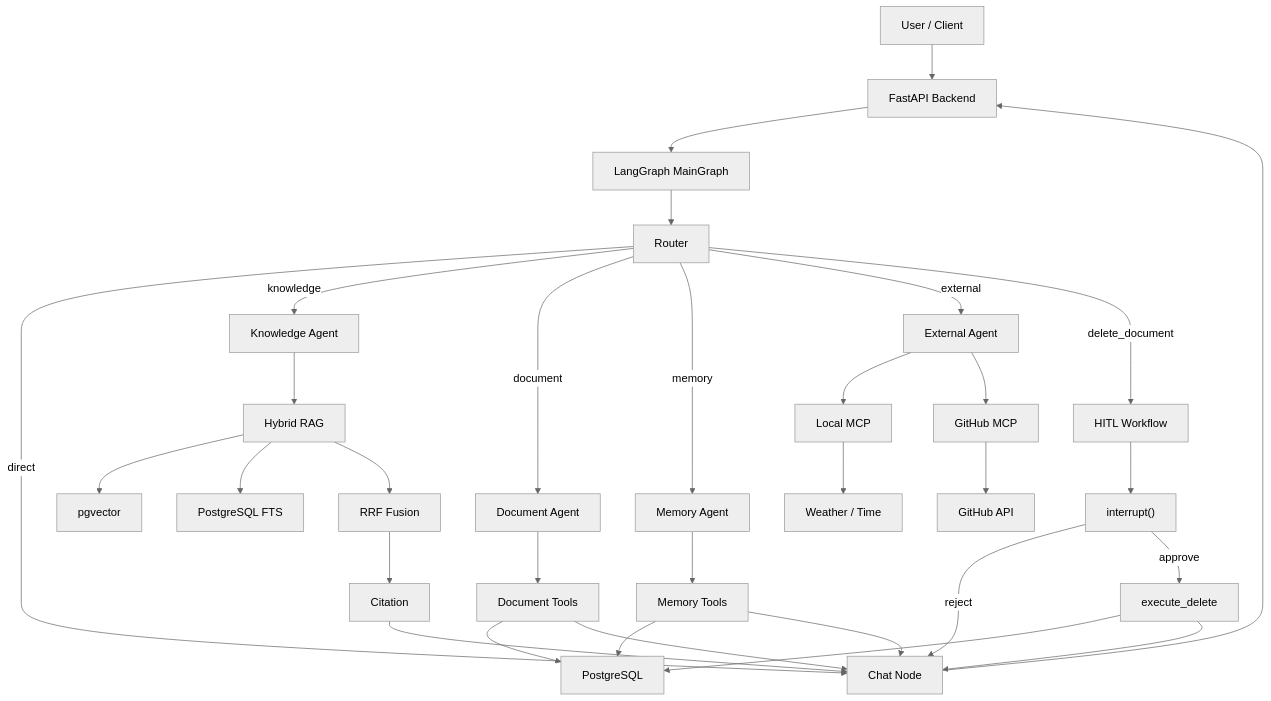
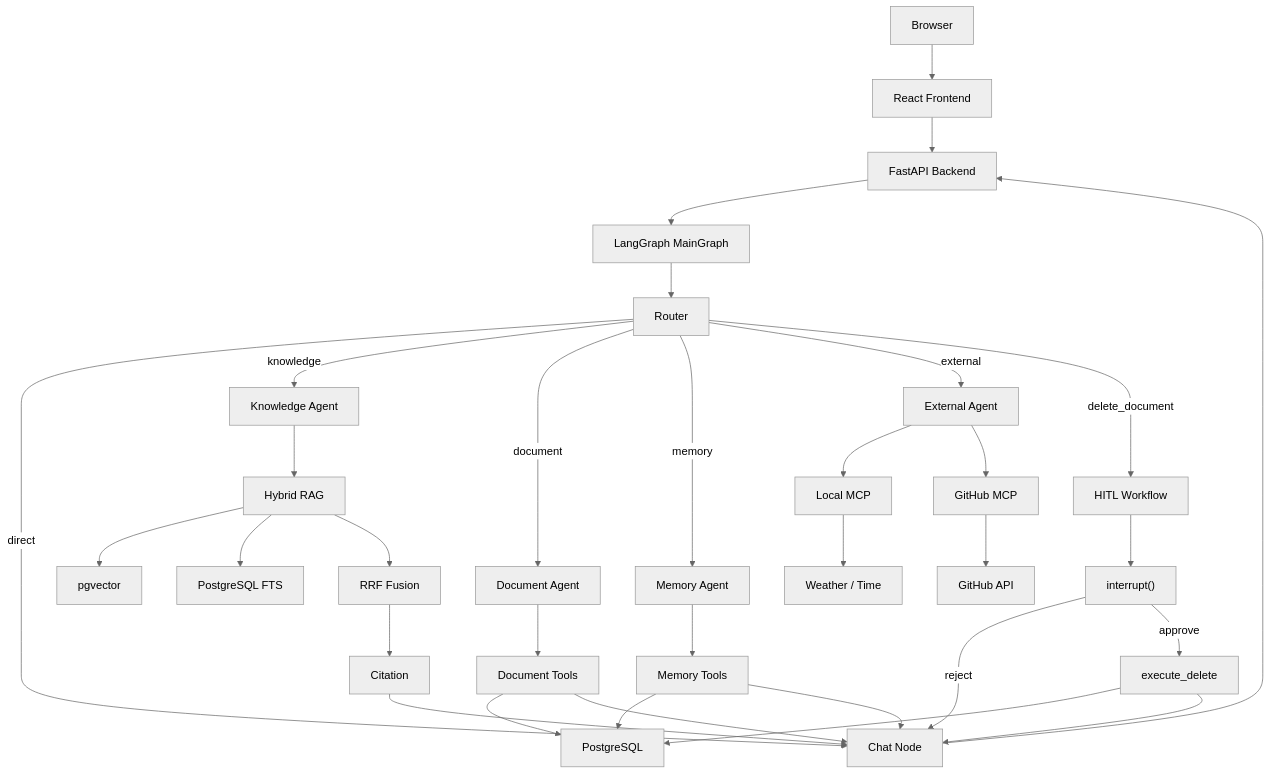
The first of 5 diagrams in README.md (21breeze/NodAgent), drawn with Mermaid (neutral theme) before and after one commit. The commit also changed other lines of this file, not shown here.

Commit message:
docs: document web interface and architecture

````diff
--- a/README.md
+++ b/README.md
@@ -97,49 +98,51 @@
 ```mermaid
 flowchart TB
 
-    User["User / Client"]
+    Browser["Browser"]
+    Frontend["React Frontend"]
     API["FastAPI Backend"]
     Graph["LangGraph MainGraph"]
 
-    User --> API
+    Browser --> Frontend
+    Frontend --> API
     API --> Graph
 
     Graph --> Router["Router"]
 
     Router -->|direct| Chat["Chat Node"]
 
     Router -->|knowledge| KA["Knowledge Agent"]
     Router -->|document| DA["Document Agent"]
     Router -->|memory| MA["Memory Agent"]
     Router -->|external| EA["External Agent"]
     Router -->|delete_document| HITL["HITL Workflow"]
 
     KA --> RAG["Hybrid RAG"]
     RAG --> Vector["pgvector"]
     RAG --> FTS["PostgreSQL FTS"]
     RAG --> RRF["RRF Fusion"]
     RRF --> Citation["Citation"]
     Citation --> Chat
 
     DA --> DocumentTools["Document Tools"]
     DocumentTools --> PostgreSQL["PostgreSQL"]
     DocumentTools --> Chat
 
     MA --> MemoryTools["Memory Tools"]
     MemoryTools --> PostgreSQL
     MemoryTools --> Chat
 
     EA --> LocalMCP["Local MCP"]
     EA --> GitHubMCP["GitHub MCP"]
 
     LocalMCP --> Weather["Weather / Time"]
     GitHubMCP --> GitHub["GitHub API"]
 
     HITL --> Interrupt["interrupt()"]
     Interrupt -->|reject| Chat
     Interrupt -->|approve| Execute["execute_delete"]
     Execute --> PostgreSQL
     Execute --> Chat
 
     Chat --> API
 ```
````
